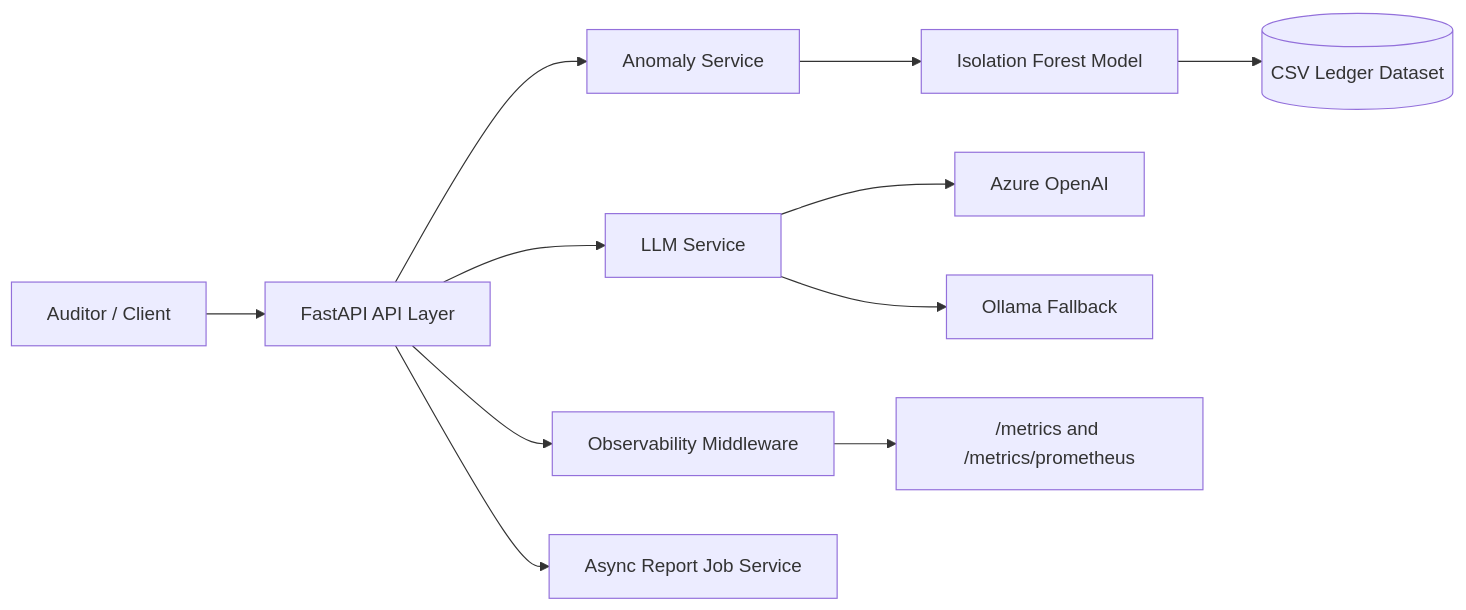
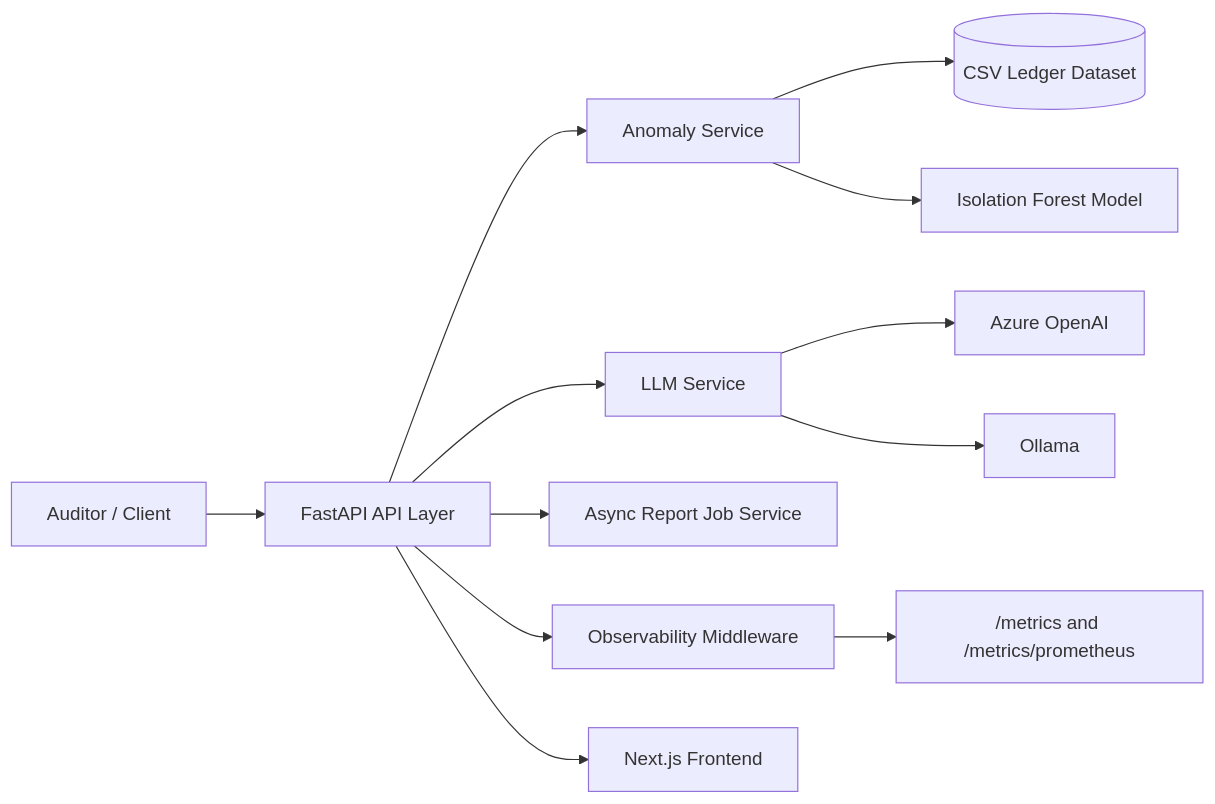
One commit to hemanthkumar650/Ai-ledger-reconciliation-anomaly-intelligence changed the diagram in README.md. Above: the diagram before and after it, drawn with Mermaid. The commit also changed other lines of this file and 33 other files, not shown here.

````diff
--- a/README.md
+++ b/README.md
@@ -12,13 +16,14 @@
 ```mermaid
 flowchart LR
     U[Auditor / Client] --> API[FastAPI API Layer]
     API --> A[Anomaly Service]
+    A --> D[(CSV Ledger Dataset)]
     A --> ML[Isolation Forest Model]
-    ML --> D[(CSV Ledger Dataset)]
     API --> L[LLM Service]
     L --> AZ[Azure OpenAI]
-    L --> OL[Ollama Fallback]
+    L --> OL[Ollama]
+    API --> J[Async Report Job Service]
     API --> M[Observability Middleware]
     M --> MET["/metrics and /metrics/prometheus"]
-    API --> J[Async Report Job Service]
+    API --> FE[Next.js Frontend]
 ```
````
